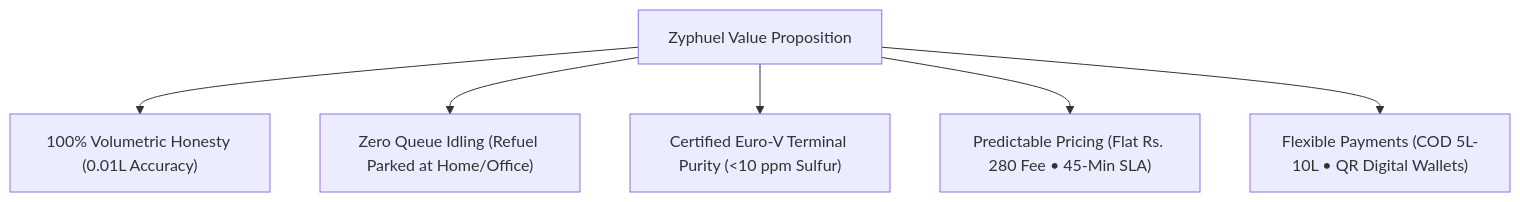
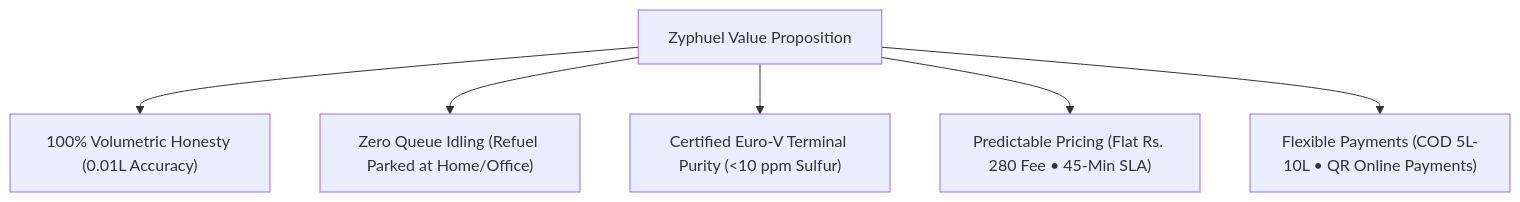
One commit to daniyal44/Zyphuel changed the diagram in docs/idea.md. Above: the diagram before and after it, drawn with Mermaid. The commit also changed other lines of this file and 50 other files, not shown here.

````diff
--- a/docs/idea.md
+++ b/docs/idea.md
@@ -40,15 +40,15 @@
 ```mermaid
 graph TD
     V1["100% Volumetric Honesty (0.01L Accuracy)"]
     V2["Zero Queue Idling (Refuel Parked at Home/Office)"]
     V3["Certified Euro-V Terminal Purity (<10 ppm Sulfur)"]
     V4["Predictable Pricing (Flat Rs. 280 Fee • 45-Min SLA)"]
-    V5["Flexible Payments (COD 5L-10L • QR Digital Wallets)"]
+    V5["Flexible Payments (COD 5L-10L • QR Online Payments)"]
 
     ZYP["Zyphuel Value Proposition"]
     ZYP --> V1
     ZYP --> V2
     ZYP --> V3
     ZYP --> V4
     ZYP --> V5
 ```
````
